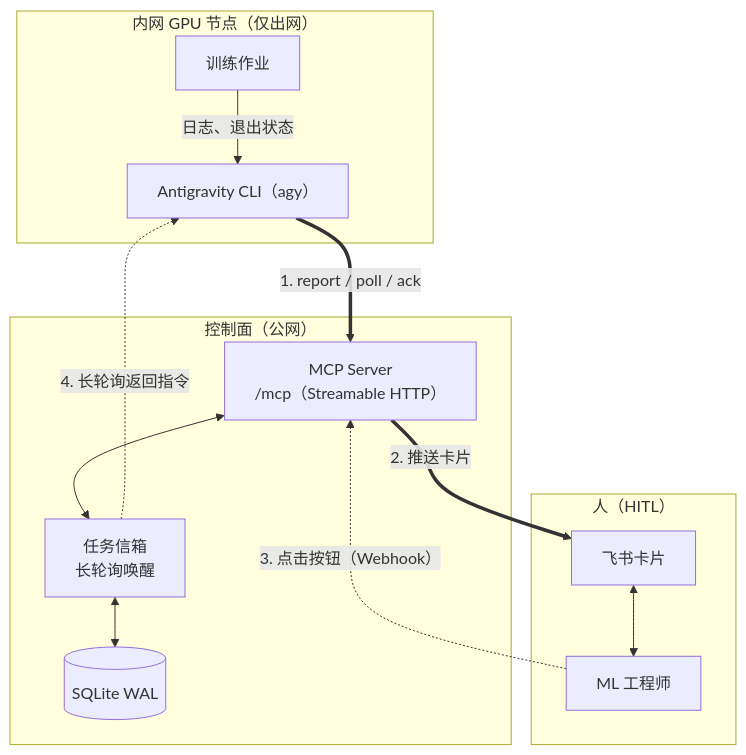
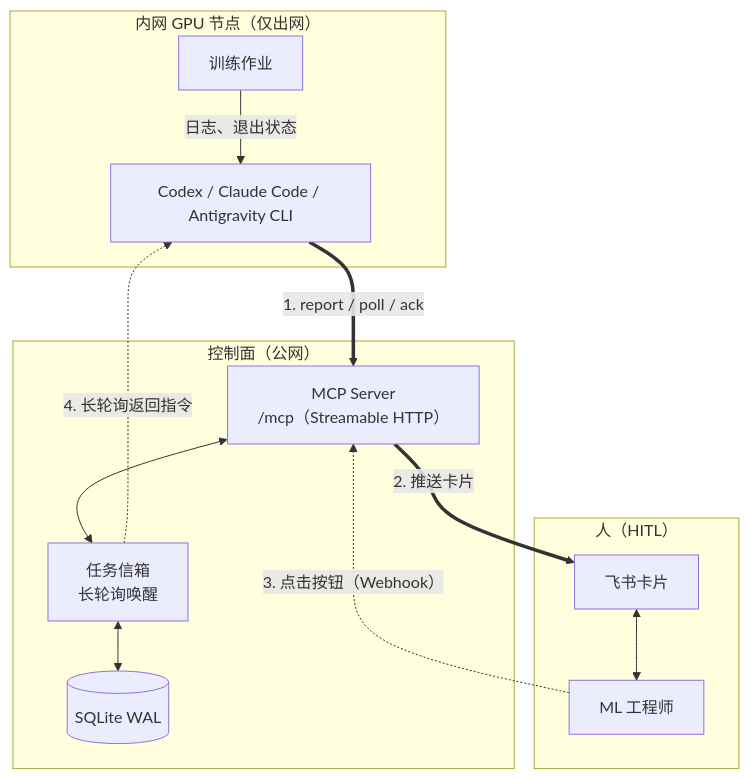
Before and after one commit to Long-Holiday/TrainPilot: the first of 2 diagrams in README_zh.md, drawn with Mermaid. The commit also changed other lines of this file and 33 other files, not shown here.

First line of the commit message:
feat(plugin): support native Codex and Claude Code installs

````diff
--- a/README_zh.md
+++ b/README_zh.md
@@ -25,27 +25,27 @@
 ```mermaid
 flowchart TB
     subgraph GPU["内网 GPU 节点（仅出网）"]
         Job["训练作业"]
-        Agent["Antigravity CLI（agy）"]
+        Agent["Codex / Claude Code / Antigravity CLI"]
         Job -->|日志、退出状态| Agent
     end
 
     subgraph Plane["控制面（公网）"]
         MCP["MCP Server<br/>/mcp（Streamable HTTP）"]
         Mailbox["任务信箱<br/>长轮询唤醒"]
         DB[("SQLite WAL")]
         MCP <--> Mailbox
         Mailbox <--> DB
     end
 
     subgraph Human["人（HITL）"]
         Card["飞书卡片"]
         Engineer["ML 工程师"]
         Card <--> Engineer
     end
 
     Agent ==>|"1. report / poll / ack"| MCP
     MCP ==>|"2. 推送卡片"| Card
     Engineer -.->|"3. 点击按钮（Webhook）"| MCP
     Mailbox -.->|"4. 长轮询返回指令"| Agent
 ```
````
